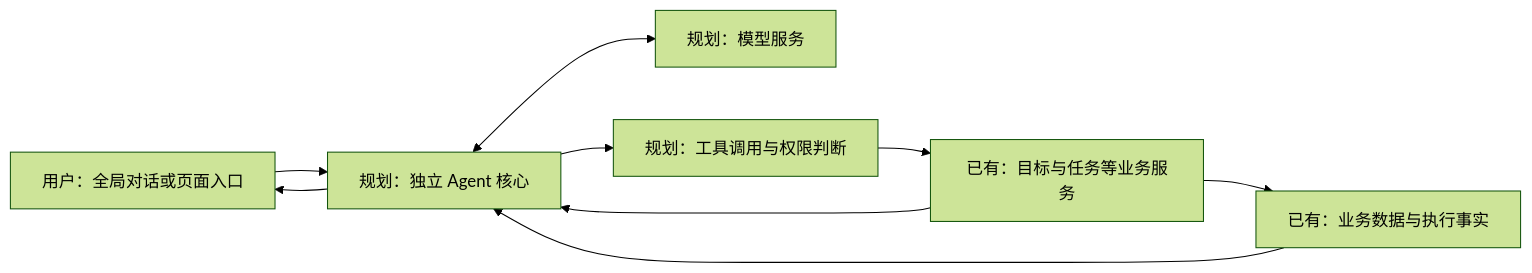
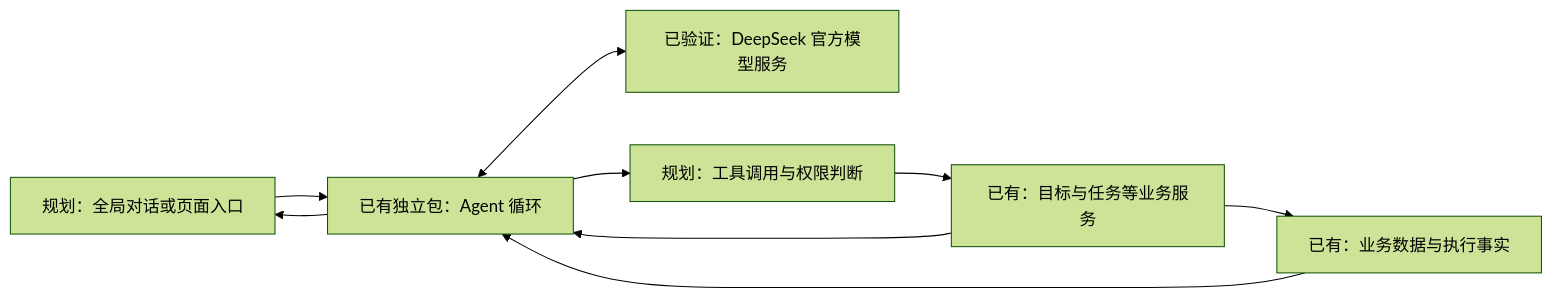
The first of 2 diagrams in docs/需求文档v1.0/内置Agent.md (Liuxin4950/MissionBook), drawn with Mermaid (forest theme) before and after one commit. The commit also changed other lines of this file and 54 other files, not shown here.

````diff
--- a/docs/需求文档v1.0/内置Agent.md
+++ b/docs/需求文档v1.0/内置Agent.md
@@ -11,11 +11,11 @@
 ```mermaid
 flowchart LR
-    U[用户：全局对话或页面入口] --> A[规划：独立 Agent 核心]
-    A <--> M[规划：模型服务]
+    U[规划：全局对话或页面入口] --> A[已有独立包：Agent 循环]
+    A <--> M[已验证：DeepSeek 官方模型服务]
     A --> P[规划：工具调用与权限判断]
     P --> S[已有：目标与任务等业务服务]
     S --> D[已有：业务数据与执行事实]
     D --> A
     S --> A
     A --> U
 ```
````
